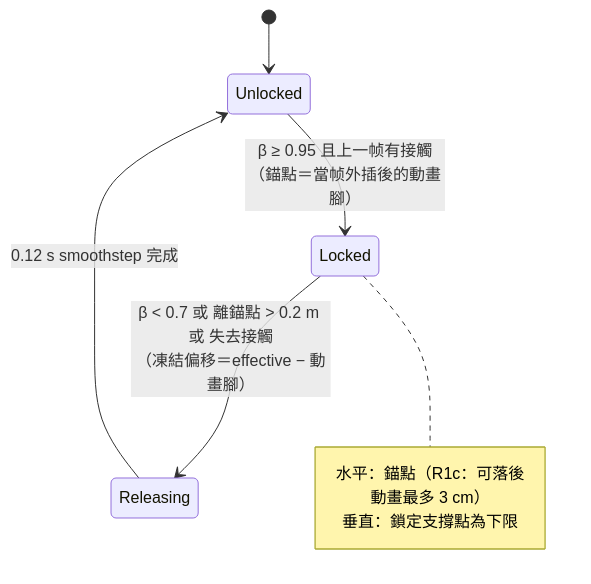
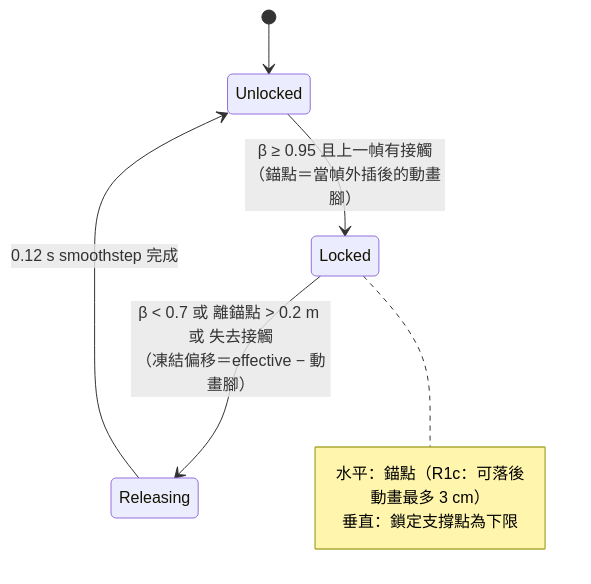
The third of 3 diagrams in docs/49-foot-contact-learning-guide.md (Baka8787/IntentPipeline), drawn with Mermaid before and after one commit. The commit also changed other lines of this file and 2 other files, not shown here.

````diff
--- a/docs/49-foot-contact-learning-guide.md
+++ b/docs/49-foot-contact-learning-guide.md
@@ -152,11 +166,11 @@
 ```mermaid
 stateDiagram-v2
   [*] --> Unlocked
-  Unlocked --> Locked: β ≥ 0.95 且上一帧有接觸<br/>（錨點＝當帧外插後的動畫腳）
+  Unlocked --> Locked: β ≥ 0.95 且上一幀有接觸<br/>（錨點＝當幀外插後的動畫腳）
   Locked --> Releasing: β < 0.7 或 離錨點 > 0.2 m 或 失去接觸<br/>（凍結偏移＝effective − 動畫腳）
   Releasing --> Unlocked: 0.12 s smoothstep 完成
   note right of Locked
     水平：錨點（R1c：可落後動畫最多 3 cm）
     垂直：鎖定支撐點為下限
   end note
 ```
````
